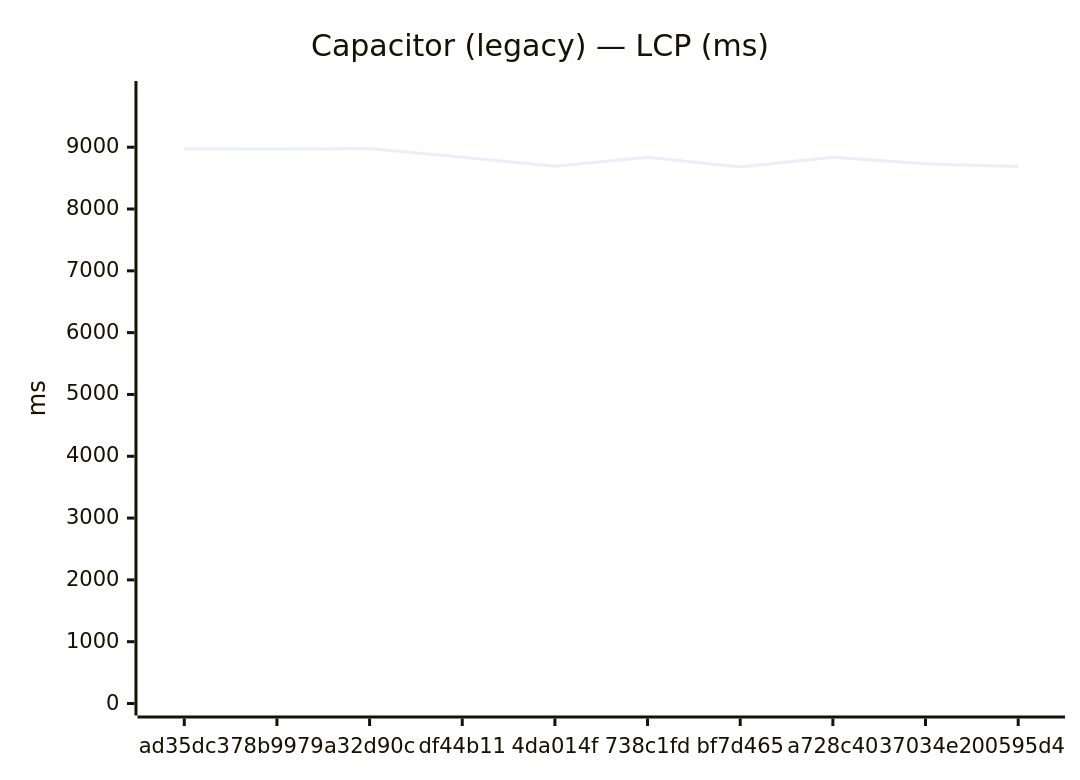
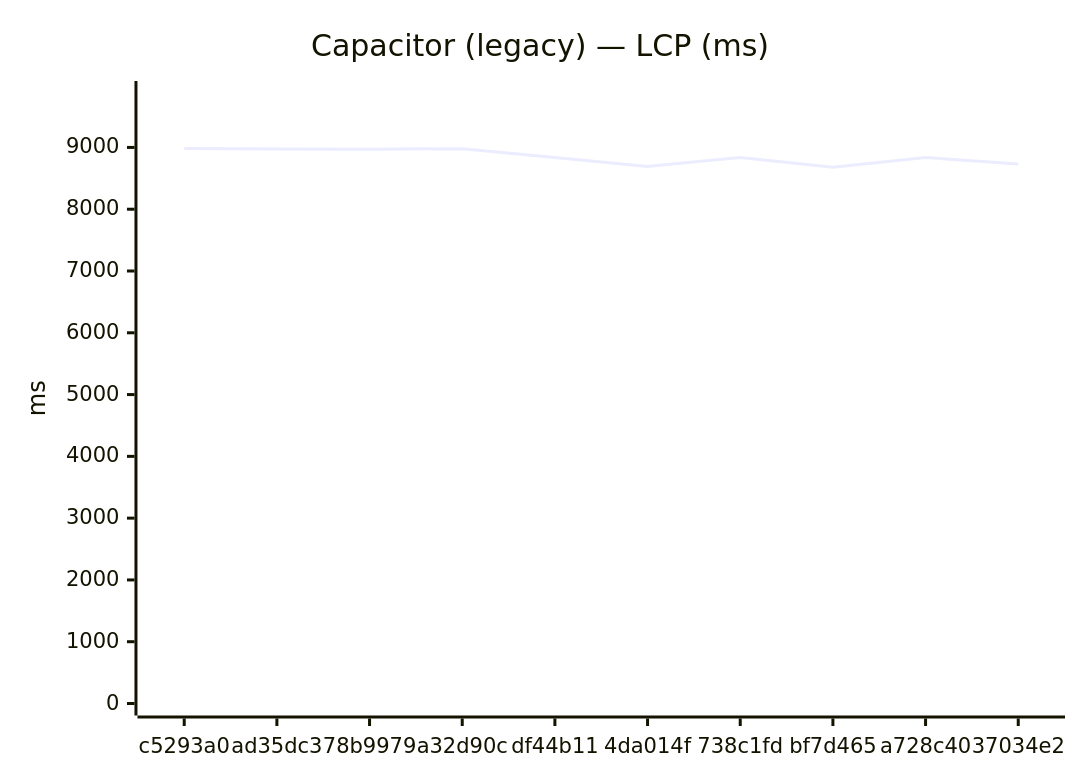
Before and after one commit to Metaheurist/Rianell: the fifth of 24 diagrams in benchmarks/compare.md, drawn with Mermaid. The commit also changed other lines of this file and 14 other files, not shown here.

````diff
--- a/benchmarks/compare.md
+++ b/benchmarks/compare.md
@@ -84,7 +84,7 @@
 ```mermaid
 xychart-beta
     title "Capacitor (legacy) — LCP (ms)"
-    x-axis ["ad35dc3", "78b9979", "a32d90c", "df44b11", "4da014f", "738c1fd", "bf7d465", "a728c40", "37034e2", "00595d4"]
-    y-axis "ms" 0 --> 9877
-    line [8976, 8972, 8979, 8838, 8693, 8838, 8681, 8837, 8731, 8688]
+    x-axis ["c5293a0", "ad35dc3", "78b9979", "a32d90c", "df44b11", "4da014f", "738c1fd", "bf7d465", "a728c40", "37034e2"]
+    y-axis "ms" 0 --> 9881
+    line [8982, 8976, 8972, 8979, 8838, 8693, 8838, 8681, 8837, 8731]
 ```
````
